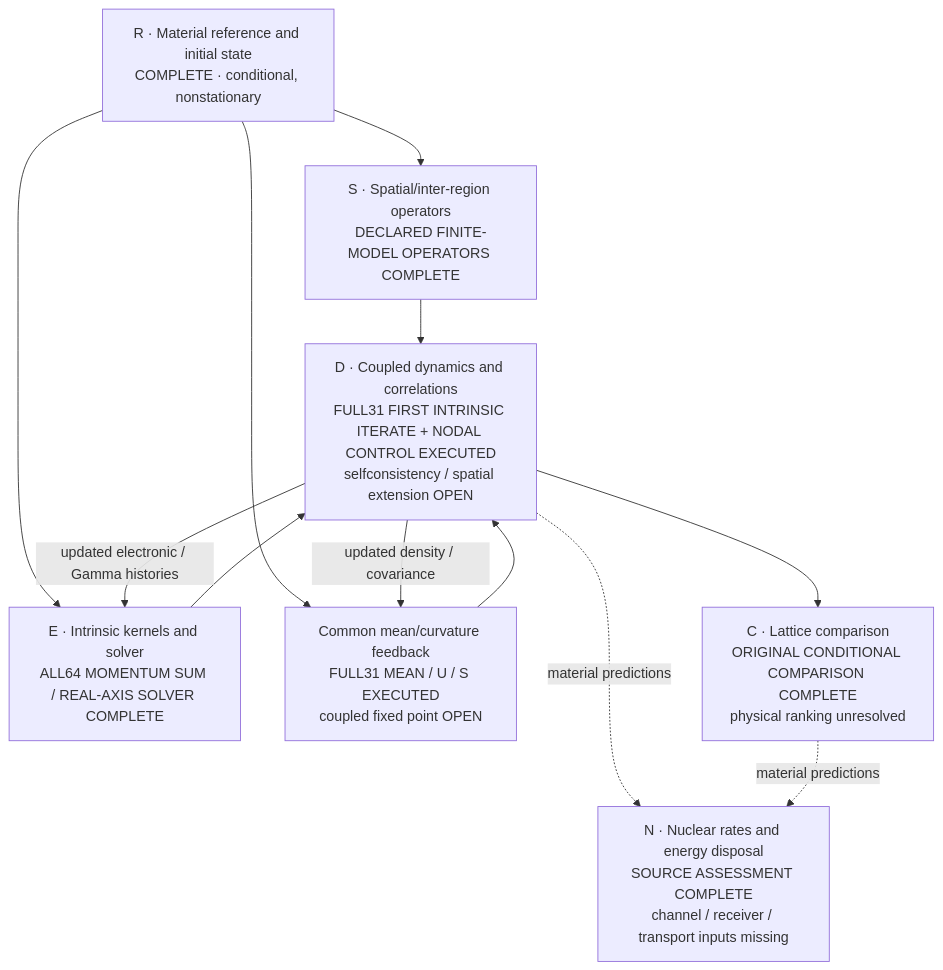
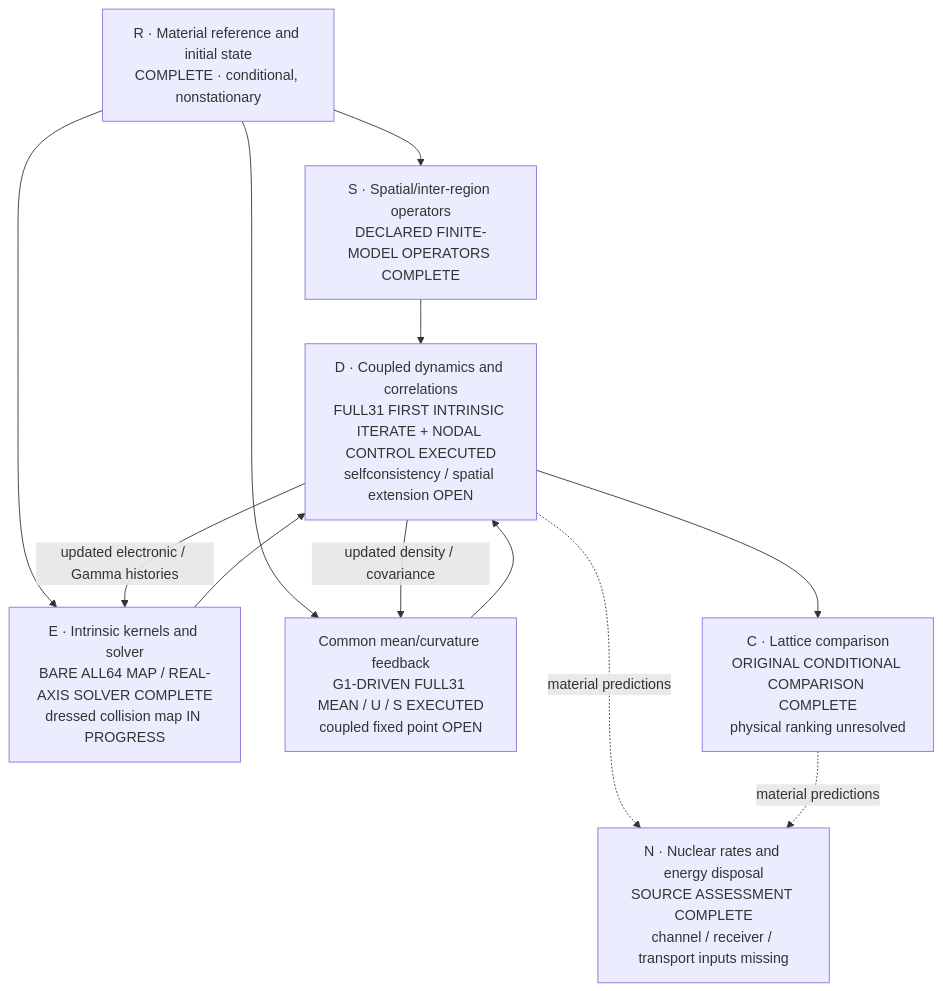
Before and after one commit to vantasnerdan/substrate-framework: the diagram in proposals/P254-ni-collective-response/SOLUTION.md, drawn with Mermaid. The commit also changed other lines of this file and 14 other files, not shown here.

Commit message:
P254: execute G1-driven full31 common mean feedback and saved physical consumer

````diff
--- a/proposals/P254-ni-collective-response/SOLUTION.md
+++ b/proposals/P254-ni-collective-response/SOLUTION.md
@@ -16,21 +16,21 @@
 ```mermaid
 flowchart TD
     R["R · Material reference and initial state<br/>COMPLETE · conditional, nonstationary"]
     S["S · Spatial/inter-region operators<br/>DECLARED FINITE-MODEL OPERATORS COMPLETE"]
-    E["E · Intrinsic kernels and solver<br/>ALL64 MOMENTUM SUM / REAL-AXIS SOLVER COMPLETE"]
-    M["Common mean/curvature feedback<br/>FULL31 MEAN / U / S EXECUTED<br/>coupled fixed point OPEN"]
+    E["E · Intrinsic kernels and solver<br/>BARE ALL64 MAP / REAL-AXIS SOLVER COMPLETE<br/>dressed collision map IN PROGRESS"]
+    M["Common mean/curvature feedback<br/>G1-DRIVEN FULL31 MEAN / U / S EXECUTED<br/>coupled fixed point OPEN"]
     D["D · Coupled dynamics and correlations<br/>FULL31 FIRST INTRINSIC ITERATE + NODAL CONTROL EXECUTED<br/>selfconsistency / spatial extension OPEN"]
     C["C · Lattice comparison<br/>ORIGINAL CONDITIONAL COMPARISON COMPLETE<br/>physical ranking unresolved"]
     N["N · Nuclear rates and energy disposal<br/>SOURCE ASSESSMENT COMPLETE<br/>channel / receiver / transport inputs missing"]
     R --> S
     R --> E
     R --> M
     E --> D
     M --> D
     S --> D
     D -- "updated electronic / Gamma histories" --> E
     D -- "updated density / covariance" --> M
     D --> C
     D -. "material predictions" .-> N
     C -. "material predictions" .-> N
 ```
````
